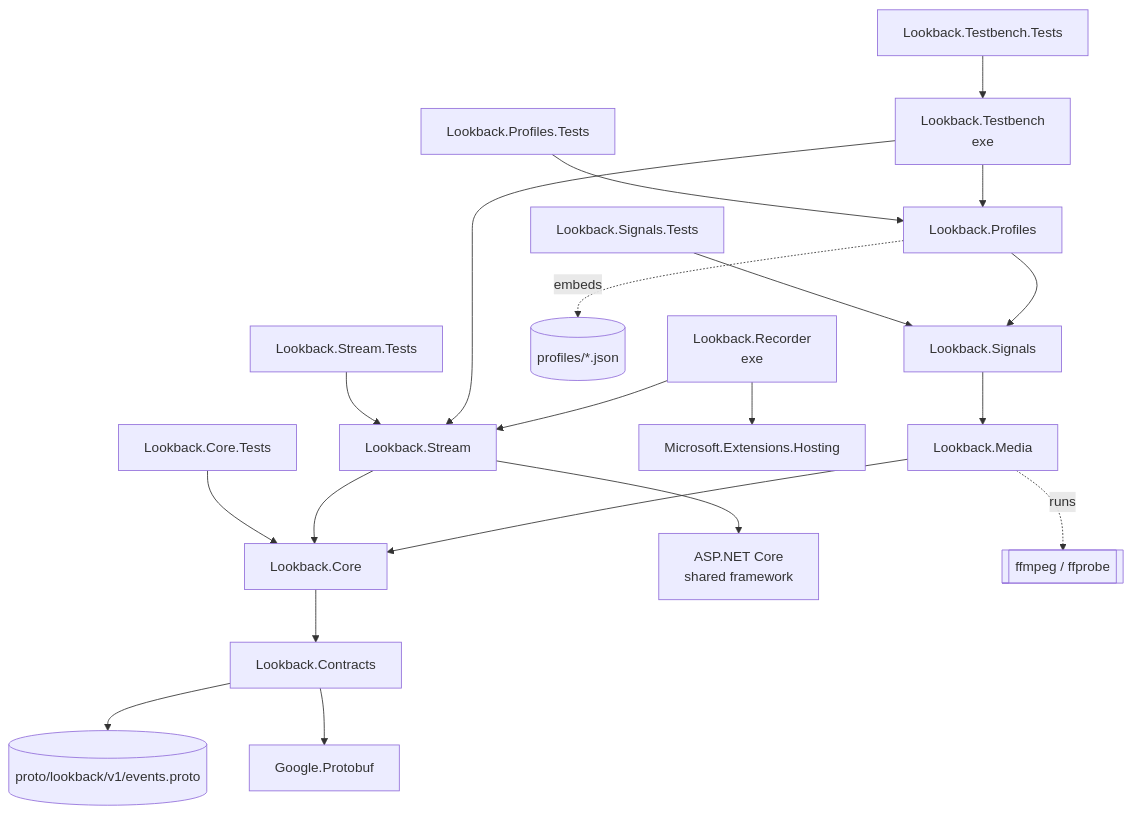
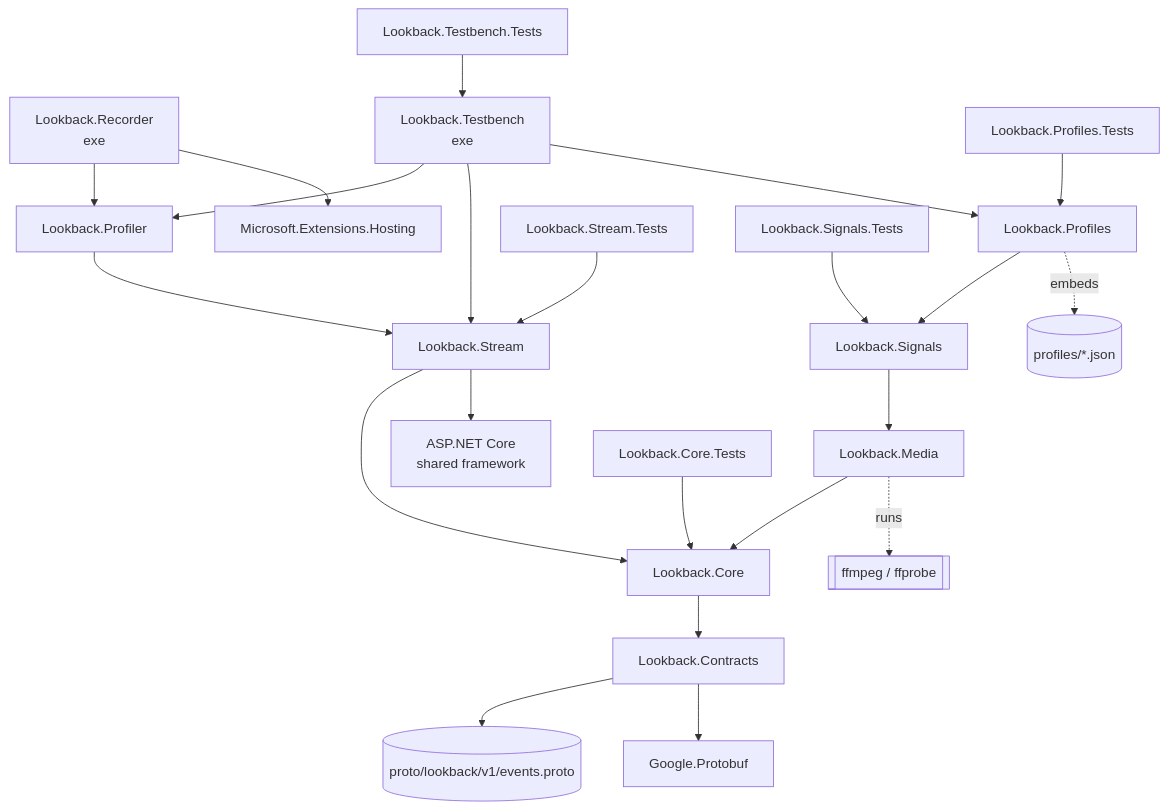
One commit to Joshmh7128/Lookback changed the first of 2 diagrams in docs/wiki/Project-Structure.md. Above: the diagram before and after it, drawn with Mermaid. The commit also changed other lines of this file and 12 other files, not shown here.

First line of the commit message:
Live profiler: run profiles live, graceful bridge shutdown, wiki

````diff
--- a/docs/wiki/Project-Structure.md
+++ b/docs/wiki/Project-Structure.md
@@ -44,21 +45,21 @@
 ```mermaid
 flowchart TB
-    R[Lookback.Recorder<br/>exe] --> S[Lookback.Stream]
-    TB[Lookback.Testbench<br/>exe] --> S & PR[Lookback.Profiles]
+    R[Lookback.Recorder<br/>exe] --> PF[Lookback.Profiler] --> S[Lookback.Stream]
+    TB[Lookback.Testbench<br/>exe] --> PF & S & PR[Lookback.Profiles]
     PR --> SG[Lookback.Signals]
     PR -. embeds .-> PJ[(profiles/*.json)]
     SG --> MD[Lookback.Media] --> C
     S --> C[Lookback.Core]
     C --> K[Lookback.Contracts]
     K --> P[(proto/lookback/v1/events.proto)]
     K --> GP[Google.Protobuf]
     S --> ASP[ASP.NET Core<br/>shared framework]
     R --> HOST[Microsoft.Extensions.Hosting]
 
     TC[Lookback.Core.Tests] --> C
     TS[Lookback.Stream.Tests] --> S
     TSG[Lookback.Signals.Tests] --> SG
     TPR[Lookback.Profiles.Tests] --> PR
     TTB[Lookback.Testbench.Tests] --> TB
     MD -. runs .-> FF[[ffmpeg / ffprobe]]
 ```
````
